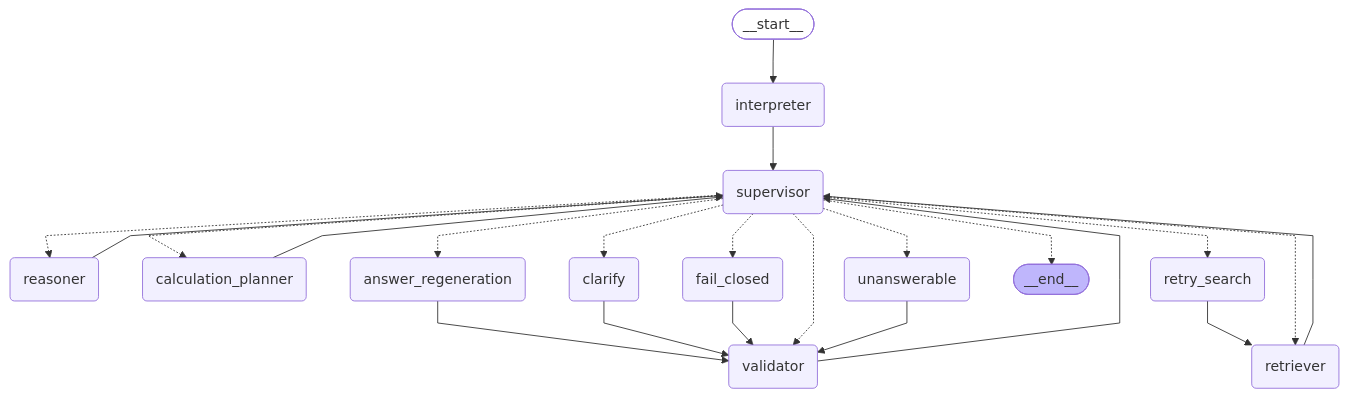
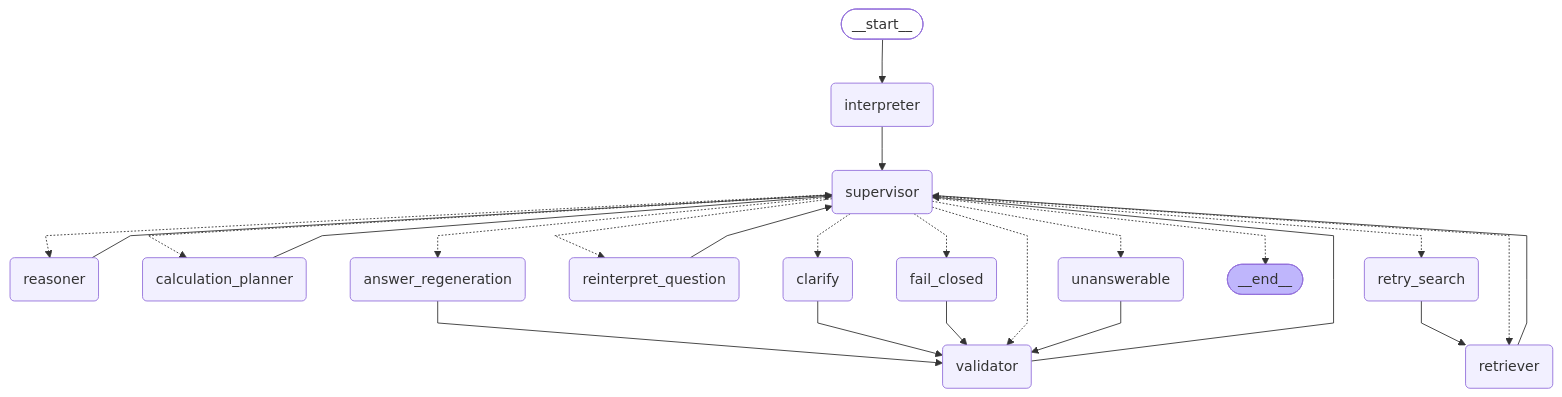
The diagram in integration/graph.mmd (Lee-D-S/miraeasset-aifestival10), drawn with Mermaid before and after one commit. The commit also changed 48 other files, not shown here.

```diff
--- a/integration/graph.mmd
+++ b/integration/graph.mmd
@@ -1,43 +1,46 @@
 ---
 config:
   flowchart:
     curve: linear
 ---
 graph TD;
 	__start__([<p>__start__</p>]):::first
 	interpreter(interpreter)
 	retriever(retriever)
 	reasoner(reasoner)
 	validator(validator)
 	calculation_planner(calculation_planner)
 	retry_search(retry_search)
+	reinterpret_question(reinterpret_question)
 	supervisor(supervisor)
 	answer_regeneration(answer_regeneration)
 	clarify(clarify)
 	unanswerable(unanswerable)
 	fail_closed(fail_closed)
 	__end__([<p>__end__</p>]):::last
 	__start__ --> interpreter;
 	answer_regeneration --> validator;
 	calculation_planner --> supervisor;
 	clarify --> validator;
 	fail_closed --> validator;
 	interpreter --> supervisor;
 	reasoner --> supervisor;
 	retriever --> supervisor;
 	retry_search --> retriever;
+	reinterpret_question --> supervisor;
 	supervisor -.-> __end__;
 	supervisor -.-> answer_regeneration;
 	supervisor -.-> calculation_planner;
 	supervisor -.-> clarify;
 	supervisor -.-> fail_closed;
 	supervisor -.-> reasoner;
 	supervisor -.-> retriever;
 	supervisor -.-> retry_search;
+	supervisor -.-> reinterpret_question;
 	supervisor -.-> unanswerable;
 	supervisor -.-> validator;
 	unanswerable --> validator;
 	validator --> supervisor;
 	classDef default fill:#f2f0ff,line-height:1.2
 	classDef first fill-opacity:0
 	classDef last fill:#bfb6fc
```
